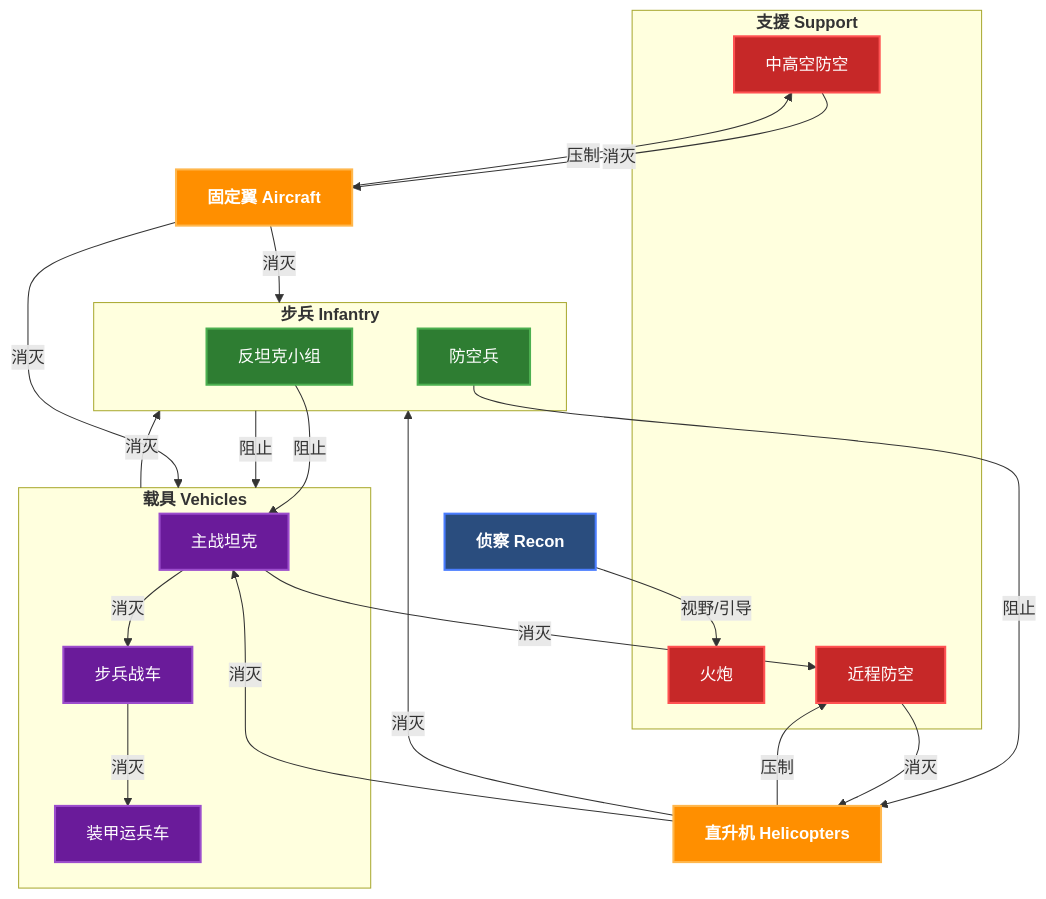
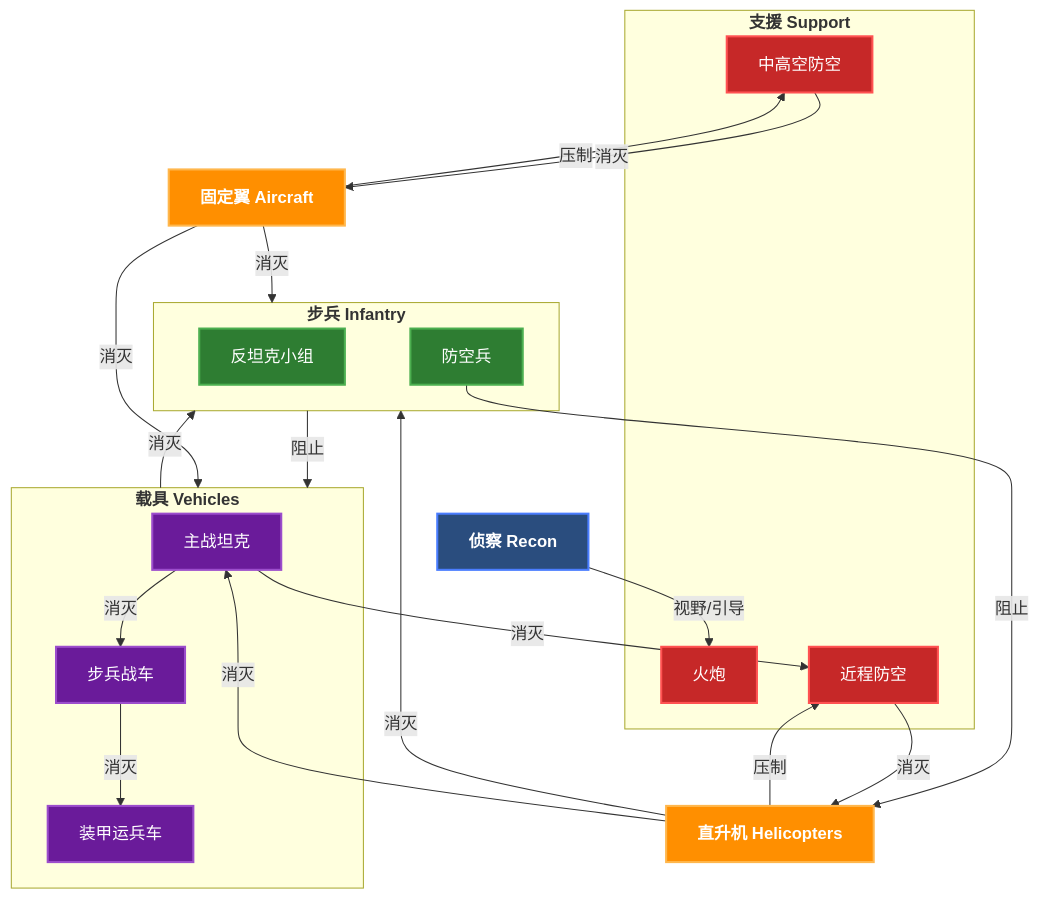
Before and after one commit to ShenMian/notes: the first of 3 diagrams in docs/其他/游戏/评价/Broken_Arrow.md, drawn with Mermaid.

````diff
--- a/docs/其他/游戏/评价/Broken_Arrow.md
+++ b/docs/其他/游戏/评价/Broken_Arrow.md
@@ -32,56 +32,54 @@
 ```mermaid
 flowchart TD
     RECON["<b>侦察 Recon</b>"]:::recon
     RECON -->|视野/引导| ARTY
 
     subgraph INF["<b>步兵 Infantry</b>"]
         ATGM["反坦克小组"]
         AA_INF["防空兵"]
         class ATGM,AA_INF infantry
     end
-
-    ATGM -->|阻止| MBT
 
     subgraph VEH["<b>载具 Vehicles</b>"]
         MBT["主战坦克"]
         IFV["步兵战车"]
         APC["装甲运兵车"]
         class MBT,IFV,APC vehicle
     end
 
     MBT -->|消灭| IFV
     IFV -->|消灭| APC
     MBT -->|消灭| SHORAD
     VEH -->|消灭| INF
     INF -->|阻止| VEH
 
     subgraph SUP["<b>支援 Support</b>"]
         ARTY["火炮"]
         SHORAD["近程防空"]
         HIMAD["中高空防空"]
         class ARTY,SHORAD,HIMAD support
     end
 
     %% 防空
     AA_INF -->|阻止| HELI
     SHORAD -->|消灭| HELI
     HIMAD -->|消灭| JET
 
     HELI["<b>直升机 Helicopters</b>"]:::aircraft
     HELI -->|消灭| MBT
     HELI -->|消灭| INF
 
     JET["<b>固定翼 Aircraft</b>"]:::aircraft
     JET -->|消灭| VEH
     JET -->|消灭| INF
 
     %% SEAD
     HELI -->|压制| SHORAD
     JET -->|压制| HIMAD
 
     classDef recon fill:#2a4d7e,stroke:#4a7dff,stroke-width:2px,color:#fff
     classDef infantry fill:#2e7d32,stroke:#4caf50,stroke-width:2px,color:#fff
     classDef support fill:#c62828,stroke:#ff5252,stroke-width:2px,color:#fff
     classDef vehicle fill:#6a1b9a,stroke:#9c4dcc,stroke-width:2px,color:#fff
     classDef aircraft fill:#ff8f00,stroke:#ffb74d,stroke-width:2px,color:#fff
 ```
````
